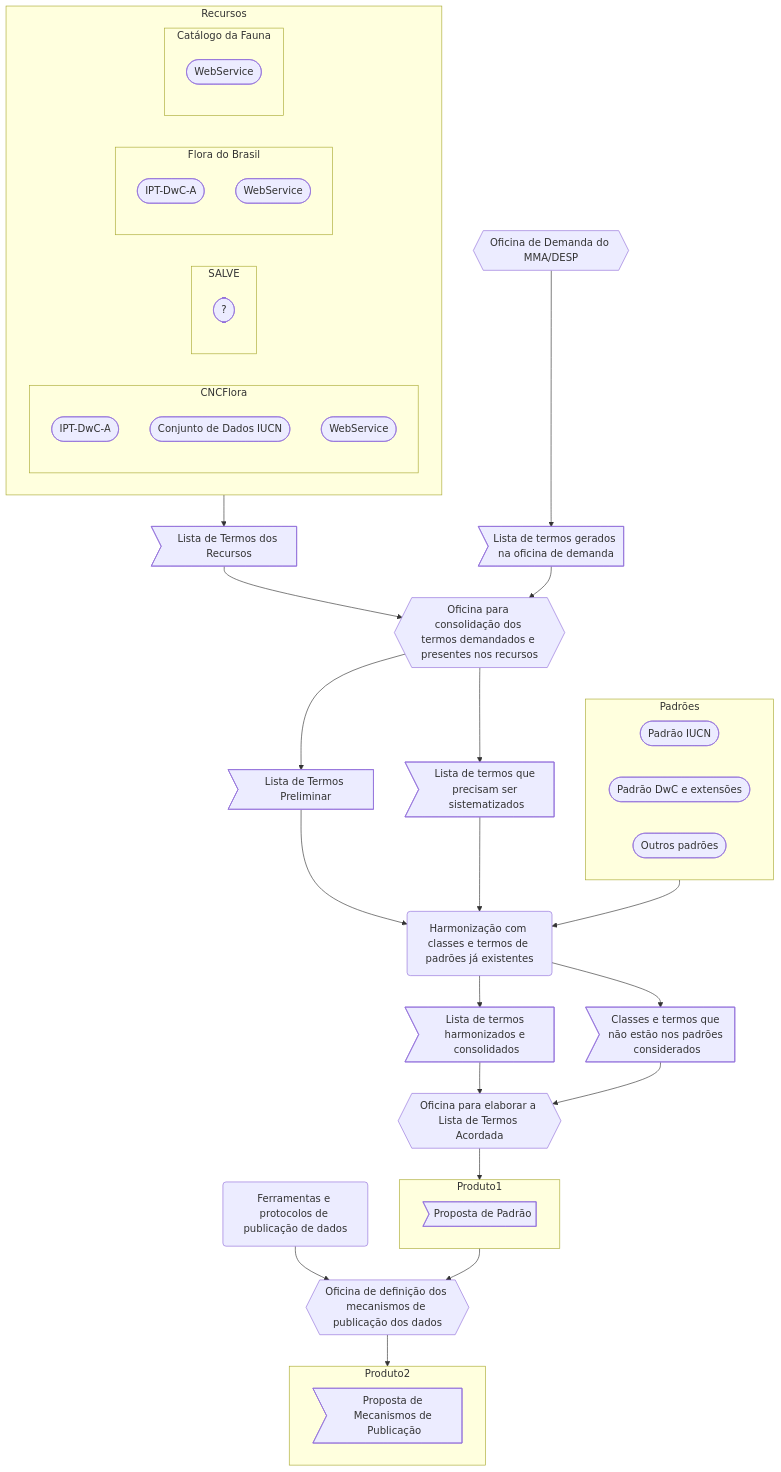
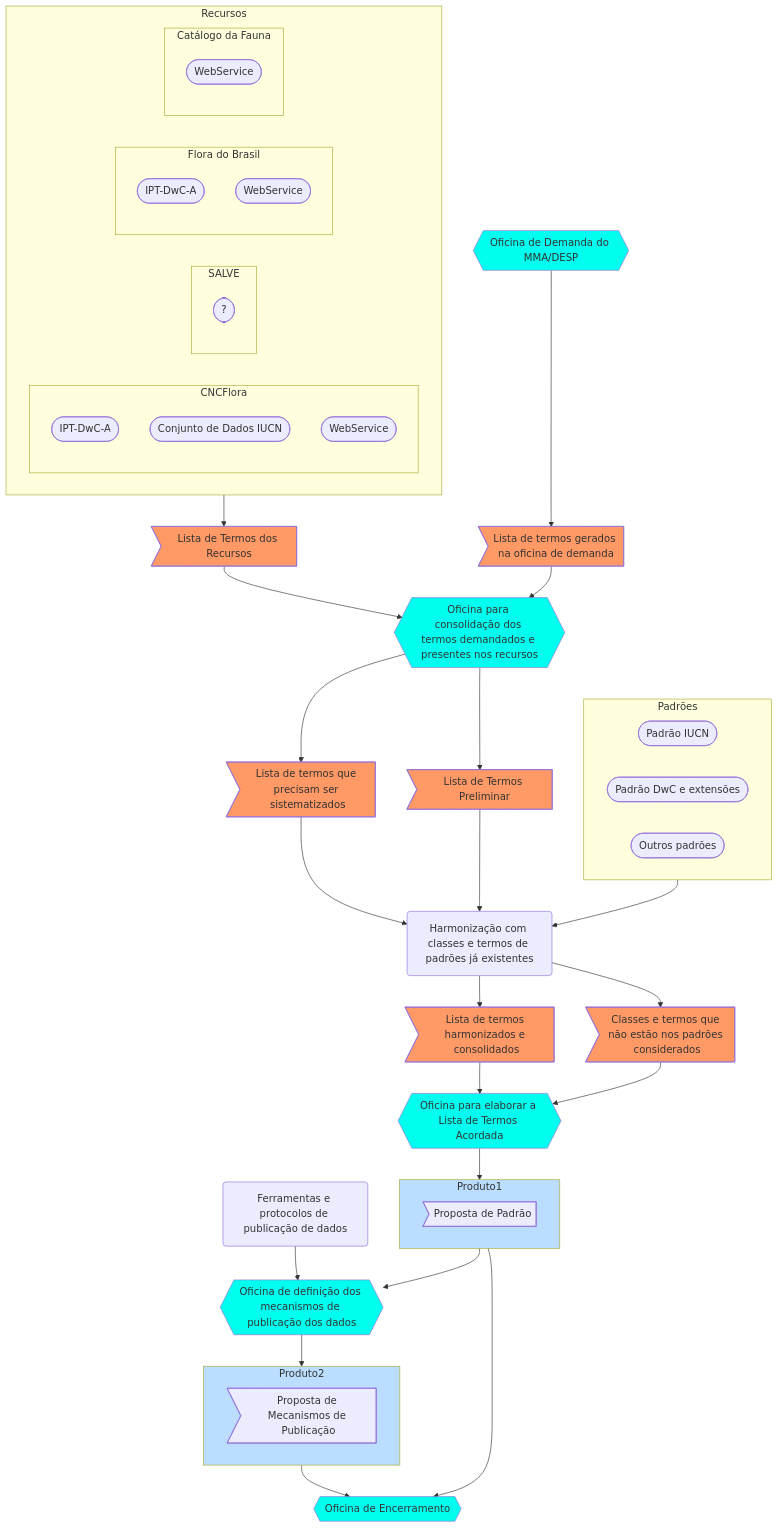
Before and after one commit to jlanna/MMA-Ameacadas: the first of 2 diagrams in plano-de-trabalho/fluxograma.md, drawn with Mermaid.

````diff
--- a/plano-de-trabalho/fluxograma.md
+++ b/plano-de-trabalho/fluxograma.md
@@ -5,6 +5,21 @@
 ```mermaid
 flowchart TB
     %% Fluxo de trabalho da Consultoria
+    %%Configs
+    style 3 fill:#f96
+    style 5 fill:#f96
+    style 6 fill:#f96
+    style 16 fill:#f96
+    style 10 fill:#f96
+    style 17 fill:#f96
+    style 2 fill:#0fe
+    style 4 fill:#0fe
+    style 15 fill:#0fe
+    style 12 fill:#0fe
+    style 18 fill:#0fe
+    style Produto1 fill:#bdf
+    style Produto2 fill:#bdf 
+
 
     %% define os recursos existentes que precisam ter seus termos levantados e compilados
     subgraph Recursos
@@ -36,6 +51,7 @@
 
     %% os recursos existentes geram uma lista de termos - produto 3
     Recursos --> 3>Lista de Termos dos Recursos]
+
 
     %% os produto 3 e 16 alimentam a oficina de consolidação dos termos (4) com a lista dos termos provenientes dos recursos (3) e a lista de termos demandados na oficina do MMA/DESP (16)
     3 --> 4{{Oficina para consolidação dos termos demandados e presentes nos recursos}}
@@ -88,4 +104,6 @@
         14>Proposta de Mecanismos de Publicação]
     end
     12 --> Produto2
+    Produto1 --> 18{{Oficina de Encerramento}}
+    Produto2 --> 18{{Oficina de Encerramento}}
 ```
````
